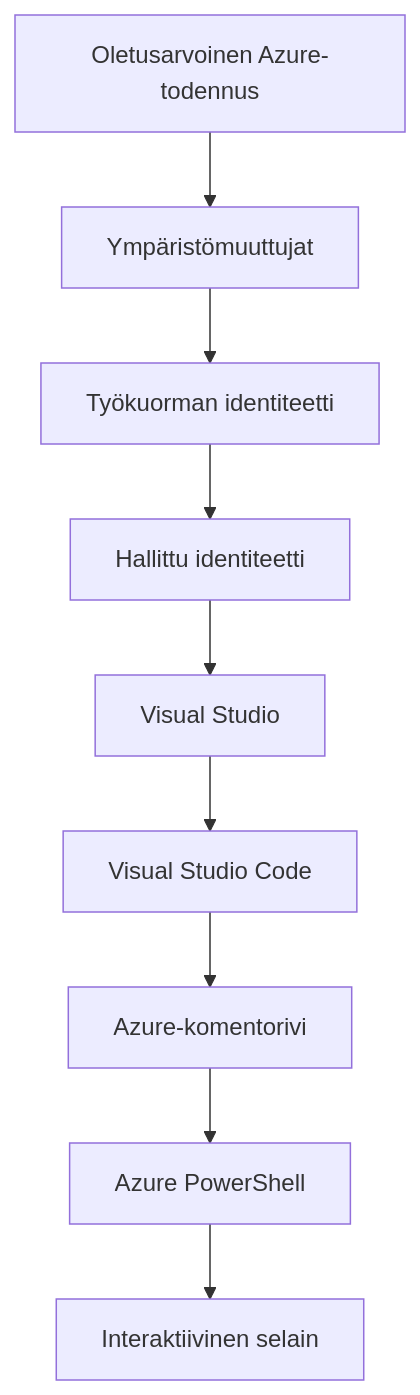
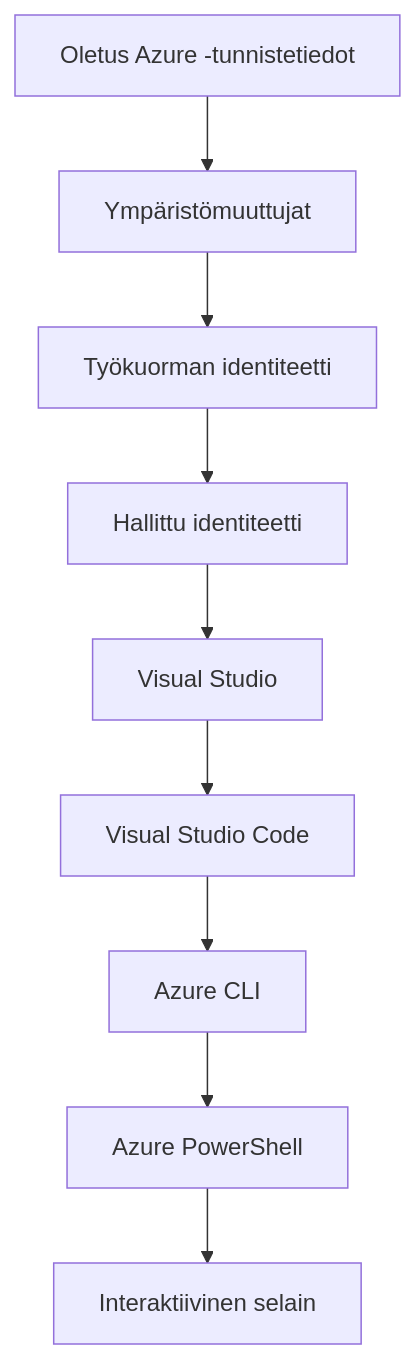
The second of 2 diagrams in translations/fi/docs/chapter-01-foundation/azd-basics.md (microsoft/AZD-for-beginners), drawn with Mermaid before and after one commit. The commit also changed other lines of this file and 101 other files, not shown here.

````diff
--- a/translations/fi/docs/chapter-01-foundation/azd-basics.md
+++ b/translations/fi/docs/chapter-01-foundation/azd-basics.md
@@ -558,11 +591,11 @@
 ```mermaid
 graph TD
-    A[Oletusarvoinen Azure-todennus] --> B[Ympäristömuuttujat]
+    A[Oletus Azure -tunnistetiedot] --> B[Ympäristömuuttujat]
     B --> C[Työkuorman identiteetti]
     C --> D[Hallittu identiteetti]
     D --> E[Visual Studio]
     E --> F[Visual Studio Code]
-    F --> G[Azure-komentorivi]
+    F --> G[Azure CLI]
     G --> H[Azure PowerShell]
     H --> I[Interaktiivinen selain]
 ```
````
